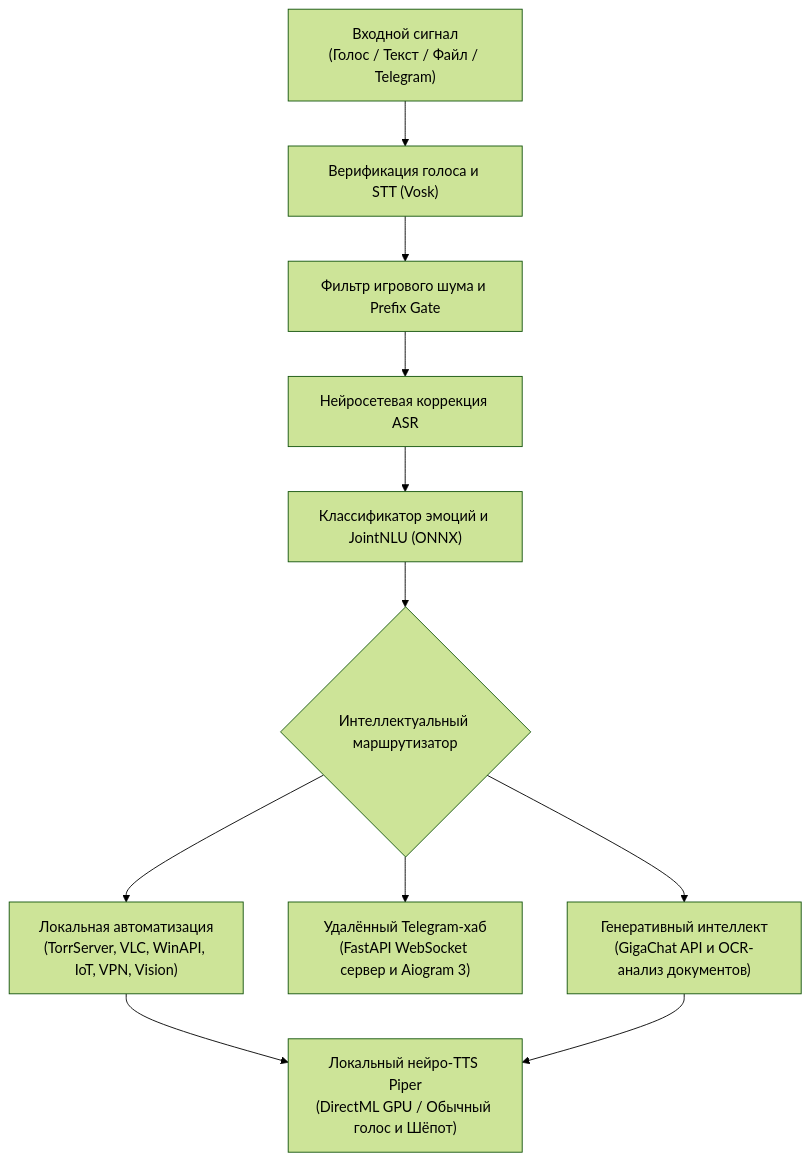
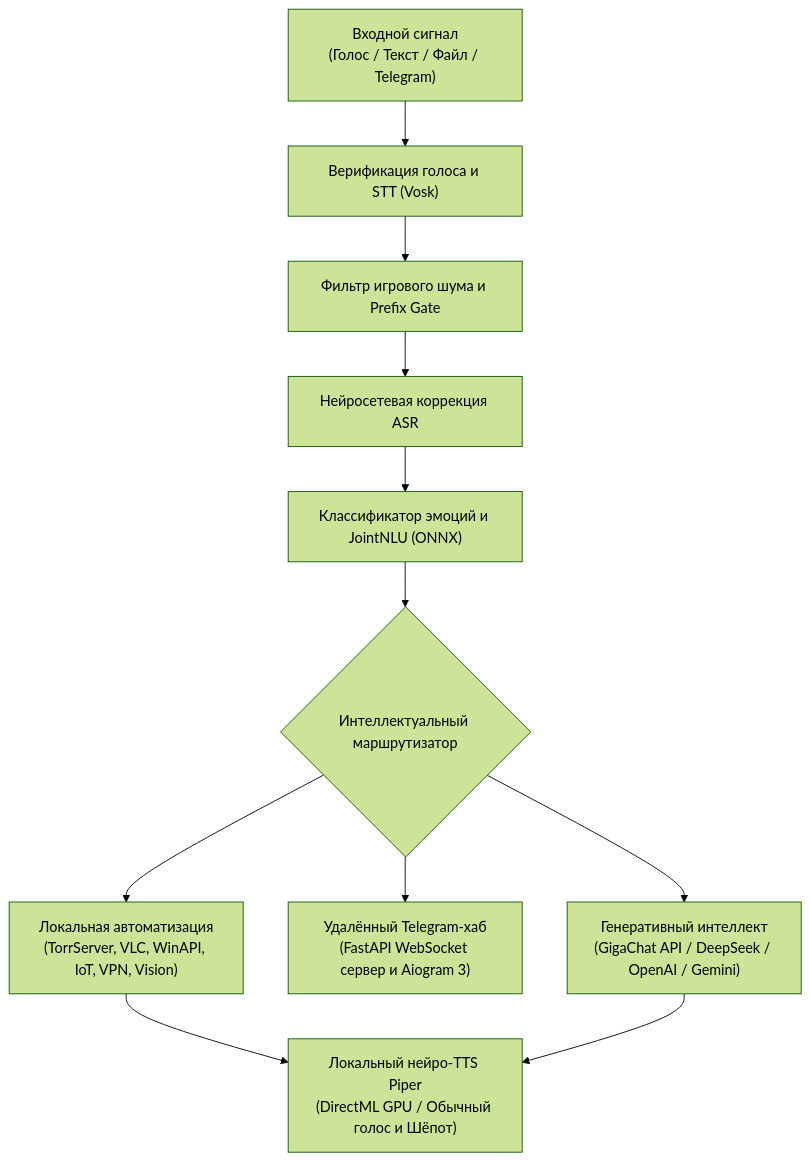
One commit to RaccoonKa/Akira changed the second of 2 diagrams in README.md. Above: the diagram before and after it, drawn with Mermaid (forest theme). The commit also changed other lines of this file and 1 other file, not shown here.

````diff
--- a/README.md
+++ b/README.md
@@ -190,14 +197,13 @@
 ```mermaid
 flowchart TD
     A["Входной сигнал<br>(Голос / Текст / Файл / Telegram)"] --> B["Верификация голоса и STT (Vosk)"]
     B --> C["Фильтр игрового шума и Prefix Gate"]
     C --> D["Нейросетевая коррекция ASR"]
     D --> E["Классификатор эмоций и JointNLU (ONNX)"]
     E --> F{"Интеллектуальный маршрутизатор"}
     F --> G["Локальная автоматизация<br>(TorrServer, VLC, WinAPI, IoT, VPN, Vision)"]
     F --> H["Удалённый Telegram-хаб<br>(FastAPI WebSocket сервер и Aiogram 3)"]
-    F --> I["Генеративный интеллект<br>(GigaChat API и OCR-анализ документов)"]
+    F --> I["Генеративный интеллект<br>(GigaChat API / DeepSeek / OpenAI / Gemini)"]
     G --> J["Локальный нейро-TTS Piper<br>(DirectML GPU / Обычный голос и Шёпот)"]
     I --> J
-
 ```
````
